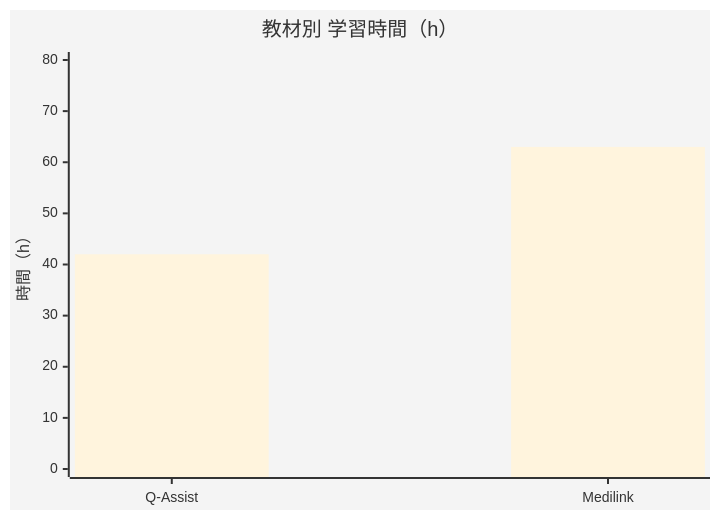
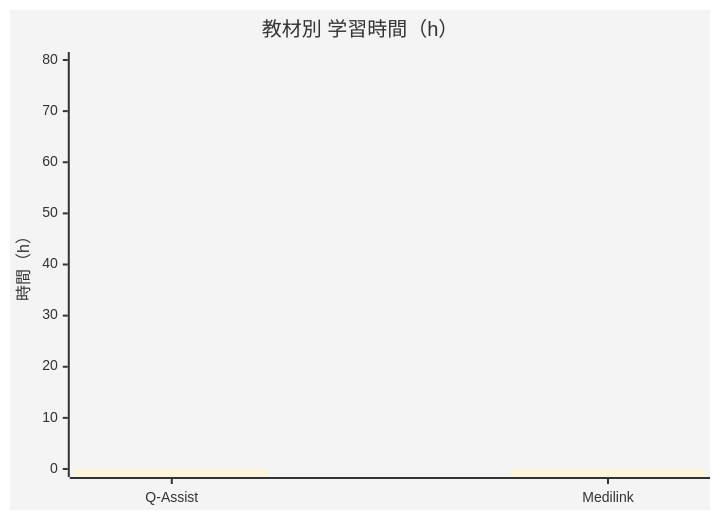
One commit to mizomizo1/MedicalStudyRecord changed the first of 5 diagrams in README.md. Above: the diagram before and after it, drawn with Mermaid. The commit also changed other lines of this file, not shown here.

`````diff
--- a/README.md
+++ b/README.md
@@ -24,8 +22,8 @@
 ```mermaid
 %%{init: {"theme": "base"}}%%
 xychart-beta
     title "教材別 学習時間（h）"
     x-axis ["Q-Assist", "Medilink"]
     y-axis "時間（h）" 0 --> 80
-    bar [42, 63]
-````
+    bar [0.0, 0.0]
+```
`````
